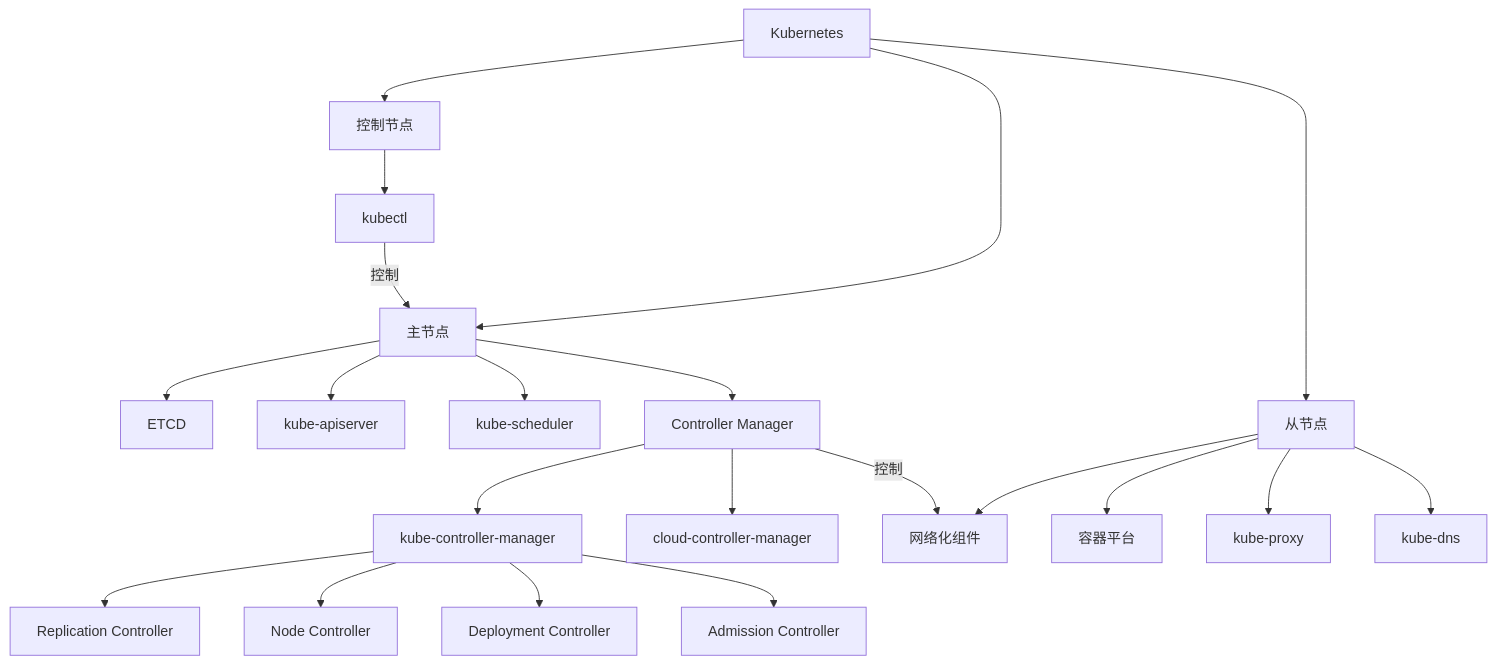
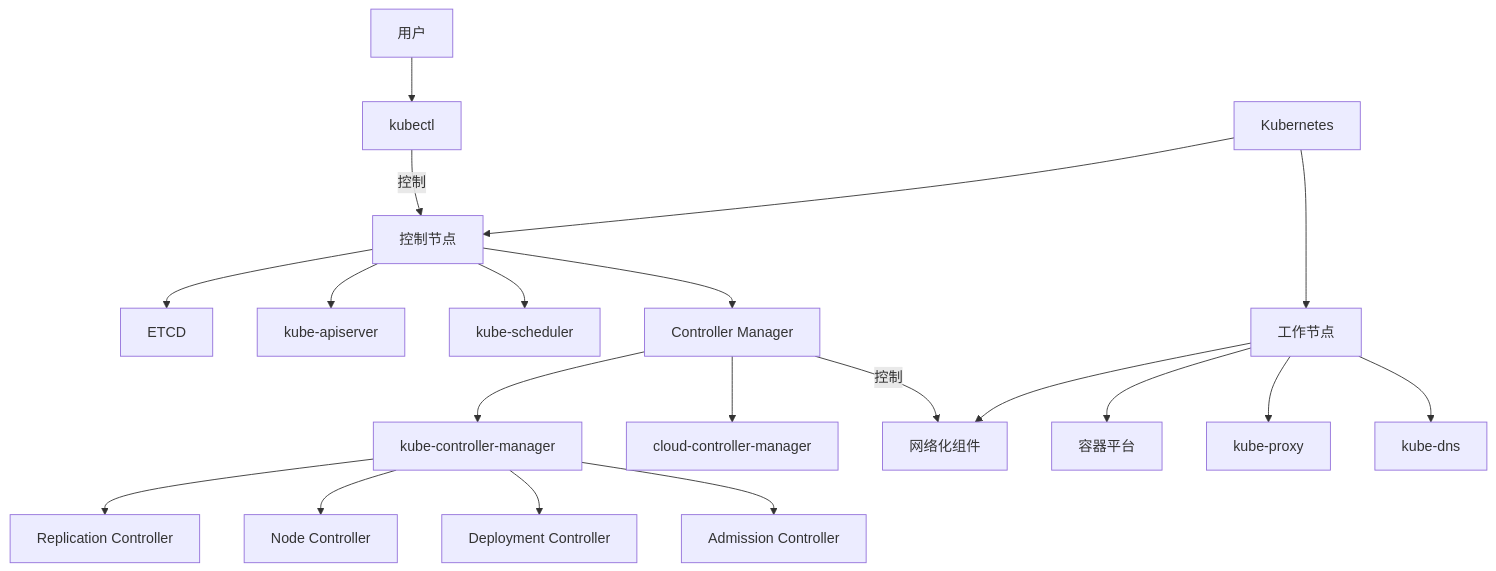
The diagram in 学习笔记/Docker/Kubernetes结构.md (yindaheng98/My-docs), drawn with Mermaid before and after one commit. The commit also changed other lines of this file and 1 other file, not shown here.

Commit message:
更新

````diff
--- a/学习笔记/Docker/Kubernetes结构.md
+++ b/学习笔记/Docker/Kubernetes结构.md
@@ -13,20 +13,20 @@
 ```mermaid
 graph TD
-k8s[Kubernetes]-->控制节点-->kubectl-->|控制|主节点
-k8s-->主节点
-主节点-->ETCD
-主节点-->kube-apiserver
-主节点-->kube-scheduler
+用户-->kubectl-->|控制|控制节点
+k8s[Kubernetes]-->控制节点
+控制节点-->ETCD
+控制节点-->kube-apiserver
+控制节点-->kube-scheduler
 ControllerManager-->kube-controller-manager
 ControllerManager-->cloud-controller-manager
 kube-controller-manager-->ReplicationController[Replication Controller]
 kube-controller-manager-->NodeController[Node Controller]
 kube-controller-manager-->DeploymentController[Deployment Controller]
 kube-controller-manager-->AdmissionController[Admission Controller]
-主节点-->ControllerManager[Controller Manager]-->|控制|网络化组件
-k8s-->从节点
-从节点-->容器平台
-从节点-->网络化组件
-从节点-->kube-proxy
-从节点-->kube-dns
+控制节点-->ControllerManager[Controller Manager]-->|控制|网络化组件
+k8s-->工作节点
+工作节点-->容器平台
+工作节点-->网络化组件
+工作节点-->kube-proxy
+工作节点-->kube-dns
 ```
````
